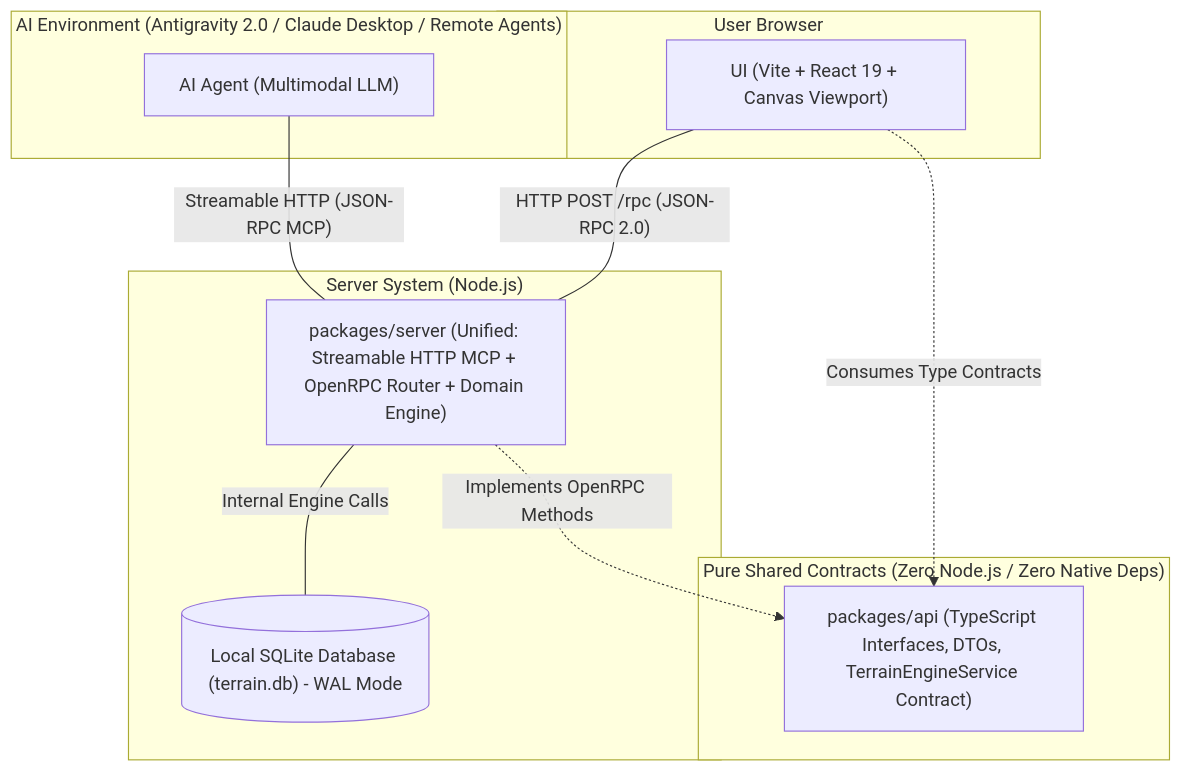
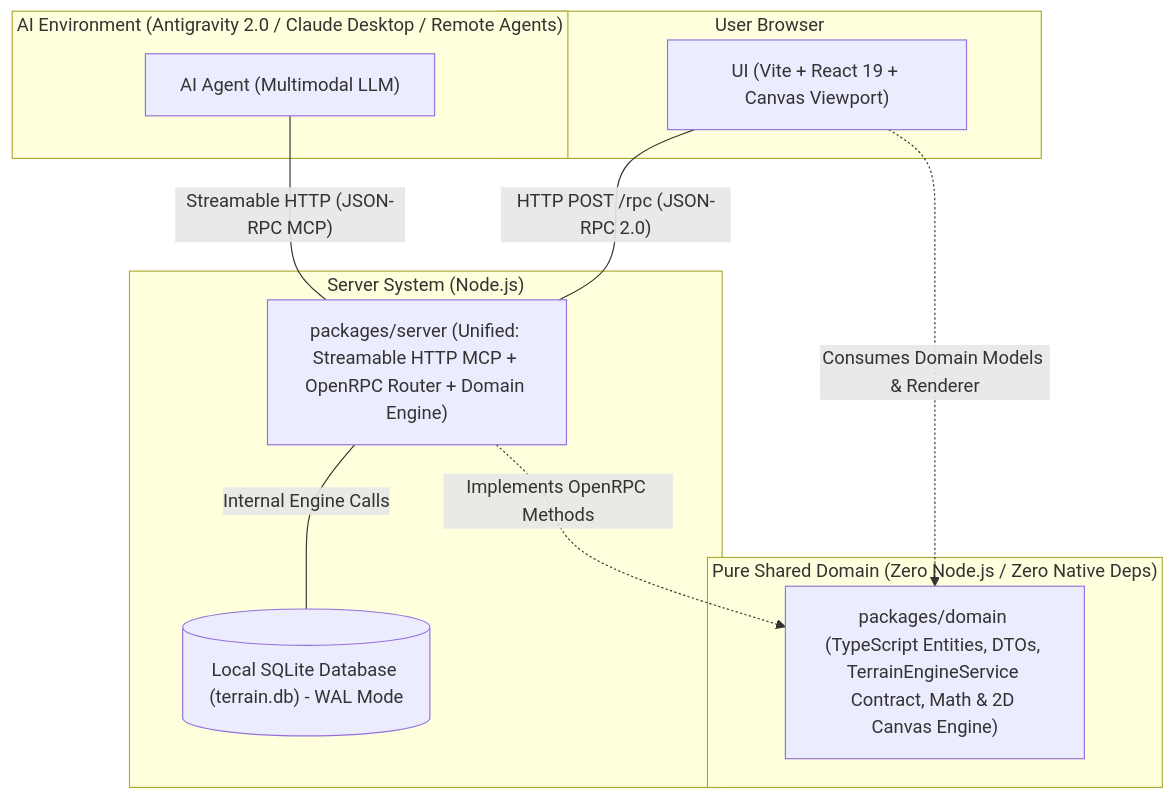
Before and after one commit to alexandremenif/brick-wargame-terrain-studio: the diagram in specs/architecture/index.md, drawn with Mermaid. The commit also changed other lines of this file and 36 other files, not shown here.

Commit message:
refactor(domain): rename api package to domain and update references

````diff
--- a/specs/architecture/index.md
+++ b/specs/architecture/index.md
@@ -9,26 +9,26 @@
 ```mermaid
 flowchart TD
   subgraph AIEnv["AI Environment (Antigravity 2.0 / Claude Desktop / Remote Agents)"]
     Agent["AI Agent (Multimodal LLM)"]
   end
 
   subgraph UserEnv["User Browser"]
     WebApp["UI (Vite + React 19 + Canvas Viewport)"]
   end
 
-  subgraph SharedContracts["Pure Shared Contracts (Zero Node.js / Zero Native Deps)"]
-    Api["packages/api (TypeScript Interfaces, DTOs, TerrainEngineService Contract)"]
+  subgraph SharedContracts["Pure Shared Domain (Zero Node.js / Zero Native Deps)"]
+    Domain["packages/domain (TypeScript Entities, DTOs, TerrainEngineService Contract, Math & 2D Canvas Engine)"]
   end
 
   subgraph HostSystem["Server System (Node.js)"]
     Server["packages/server (Unified: Streamable HTTP MCP + OpenRPC Router + Domain Engine)"]
     SQLite[("Local SQLite Database (terrain.db) - WAL Mode")]
   end
 
   Agent ---|"Streamable HTTP (JSON-RPC MCP)"| Server
   WebApp ---|"HTTP POST /rpc (JSON-RPC 2.0)"| Server
-  WebApp -.->|"Consumes Type Contracts"| Api
-  Server -.->|"Implements OpenRPC Methods"| Api
+  WebApp -.->|"Consumes Domain Models & Renderer"| Domain
+  Server -.->|"Implements OpenRPC Methods"| Domain
 
   Server ---|"Internal Engine Calls"| SQLite
 ```
````
